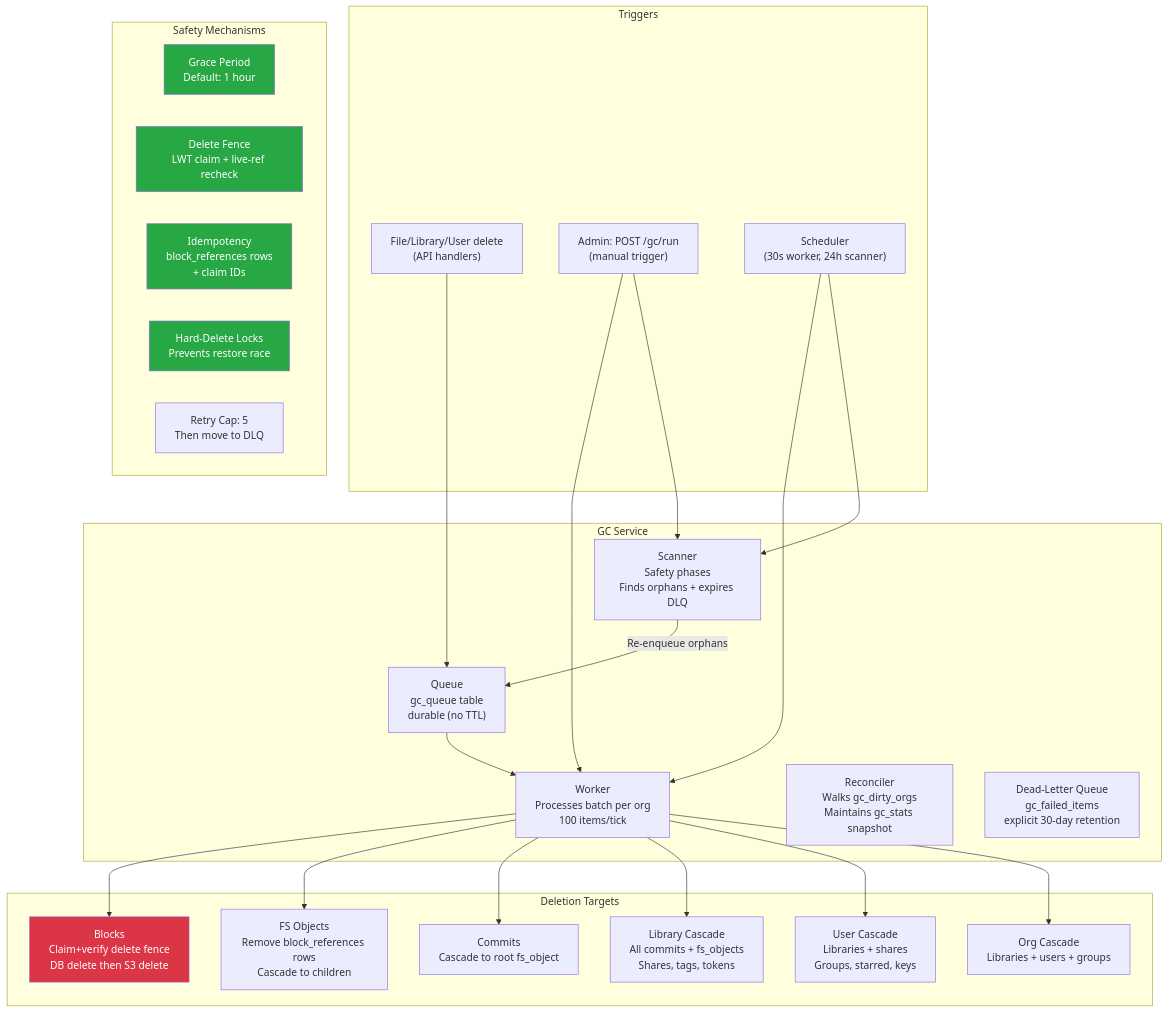
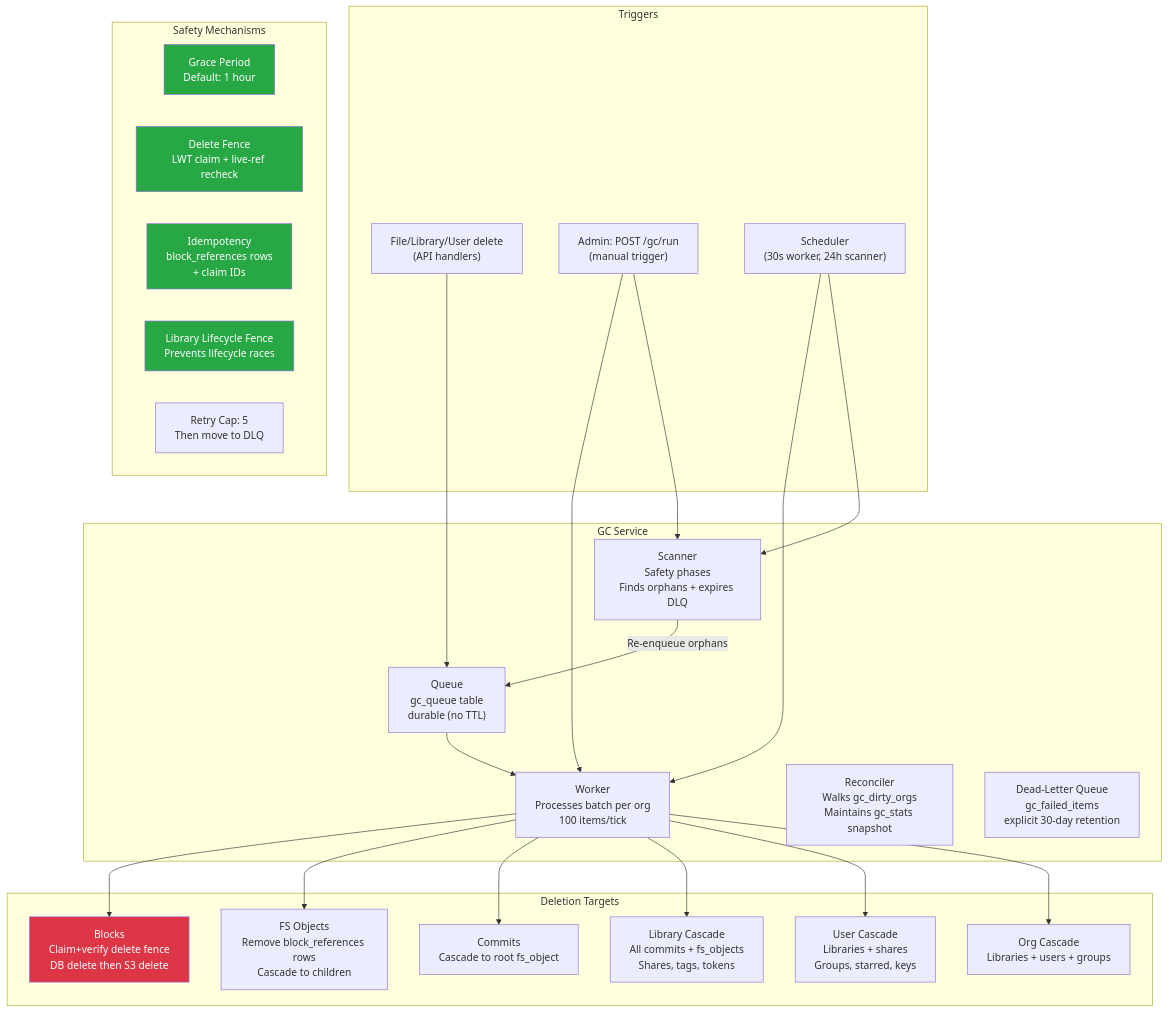
Before and after one commit to Sesame-Disk/cool-storage-api: the diagram in docs/GC-SERVICE-ANALYSIS.md, drawn with Mermaid. The commit also changed other lines of this file and 23 other files, not shown here.

Commit message:
fix(w2a): serialize library lifecycle mutations

````diff
--- a/docs/GC-SERVICE-ANALYSIS.md
+++ b/docs/GC-SERVICE-ANALYSIS.md
@@ -48,53 +48,53 @@
 ```mermaid
 flowchart TD
     subgraph Triggers["Triggers"]
         API["File/Library/User delete<br/>(API handlers)"]
         Admin["Admin: POST /gc/run<br/>(manual trigger)"]
         Timer["Scheduler<br/>(30s worker, 24h scanner)"]
     end
 
     subgraph Service["GC Service"]
         Queue["Queue<br/>gc_queue table<br/>durable (no TTL)"]
         Worker["Worker<br/>Processes batch per org<br/>100 items/tick"]
         Scanner["Scanner<br/>Safety phases<br/>Finds orphans + expires DLQ"]
         Reconciler["Reconciler<br/>Walks gc_dirty_orgs<br/>Maintains gc_stats snapshot"]
         DLQ["Dead-Letter Queue<br/>gc_failed_items<br/>explicit 30-day retention"]
     end
 
     subgraph Targets["Deletion Targets"]
       Blocks["Blocks<br/>Claim+verify delete fence<br/>DB delete then S3 delete"]
       FSObj["FS Objects<br/>Remove block_references rows<br/>Cascade to children"]
         Commits["Commits<br/>Cascade to root fs_object"]
         Libs["Library Cascade<br/>All commits + fs_objects<br/>Shares, tags, tokens"]
         Users["User Cascade<br/>Libraries + shares<br/>Groups, starred, keys"]
         Orgs["Org Cascade<br/>Libraries + users + groups"]
     end
 
     subgraph Safety["Safety Mechanisms"]
         Grace["Grace Period<br/>Default: 1 hour"]
       LWT["Delete Fence<br/>LWT claim + live-ref recheck"]
          Idempotent["Idempotency<br/>block_references rows<br/>+ claim IDs"]
-        Lock["Hard-Delete Locks<br/>Prevents restore race"]
+        Lock["Library Lifecycle Fence<br/>Prevents lifecycle races"]
         Retry["Retry Cap: 5<br/>Then move to DLQ"]
     end
 
     API --> Queue
     Timer --> Worker
     Timer --> Scanner
     Admin --> Worker
     Admin --> Scanner
     Scanner -->|"Re-enqueue orphans"| Queue
     Queue --> Worker
     Worker --> Blocks
     Worker --> FSObj
     Worker --> Commits
     Worker --> Libs
     Worker --> Users
     Worker --> Orgs
 
     style Blocks fill:#dc3545,color:#fff
     style Grace fill:#28a745,color:#fff
     style LWT fill:#28a745,color:#fff
     style Idempotent fill:#28a745,color:#fff
     style Lock fill:#28a745,color:#fff
 ```
````
